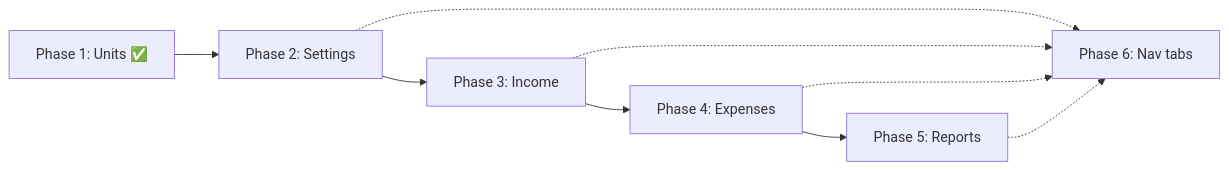
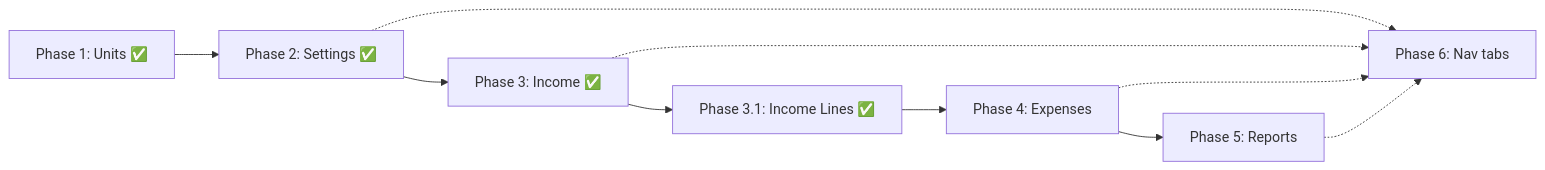
One commit to kurucaner/tenanto changed the diagram in docs/PROPERTY_ACCOUNTING_PHASES.md. Above: the diagram before and after it, drawn with Mermaid. The commit also changed other lines of this file and 17 other files, not shown here.

Commit message:
feat: phase 3.1 additional income lines with optional stay link

````diff
--- a/docs/PROPERTY_ACCOUNTING_PHASES.md
+++ b/docs/PROPERTY_ACCOUNTING_PHASES.md
@@ -237,14 +272,15 @@
 ```mermaid
 flowchart LR
   P1["Phase 1: Units ✅"]
-  P2["Phase 2: Settings"]
-  P3["Phase 3: Income"]
+  P2["Phase 2: Settings ✅"]
+  P3["Phase 3: Income ✅"]
+  P31["Phase 3.1: Income Lines ✅"]
   P4["Phase 4: Expenses"]
   P5["Phase 5: Reports"]
   P6["Phase 6: Nav tabs"]
-  P1 --> P2 --> P3 --> P4 --> P5
+  P1 --> P2 --> P3 --> P31 --> P4 --> P5
   P2 -.-> P6
   P3 -.-> P6
   P4 -.-> P6
   P5 -.-> P6
 ```
````
